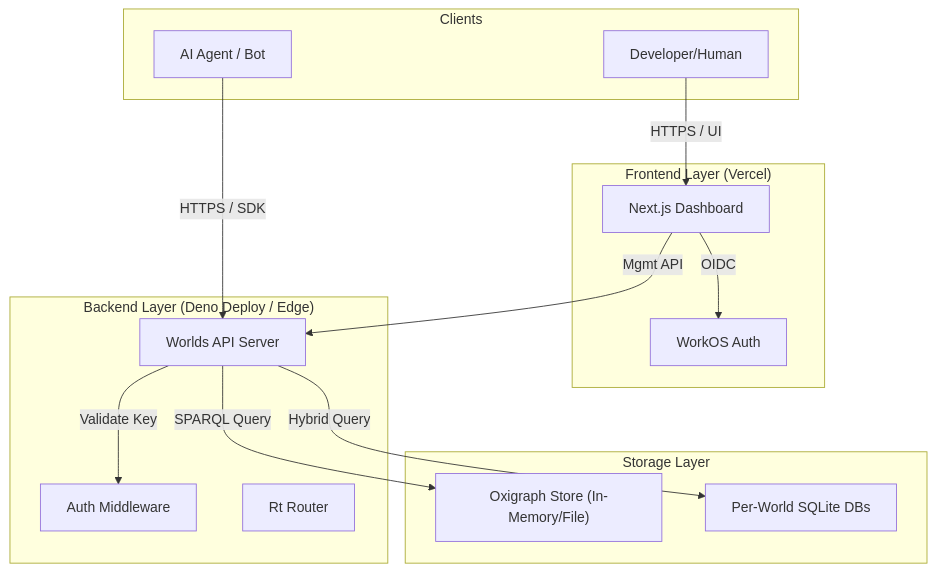
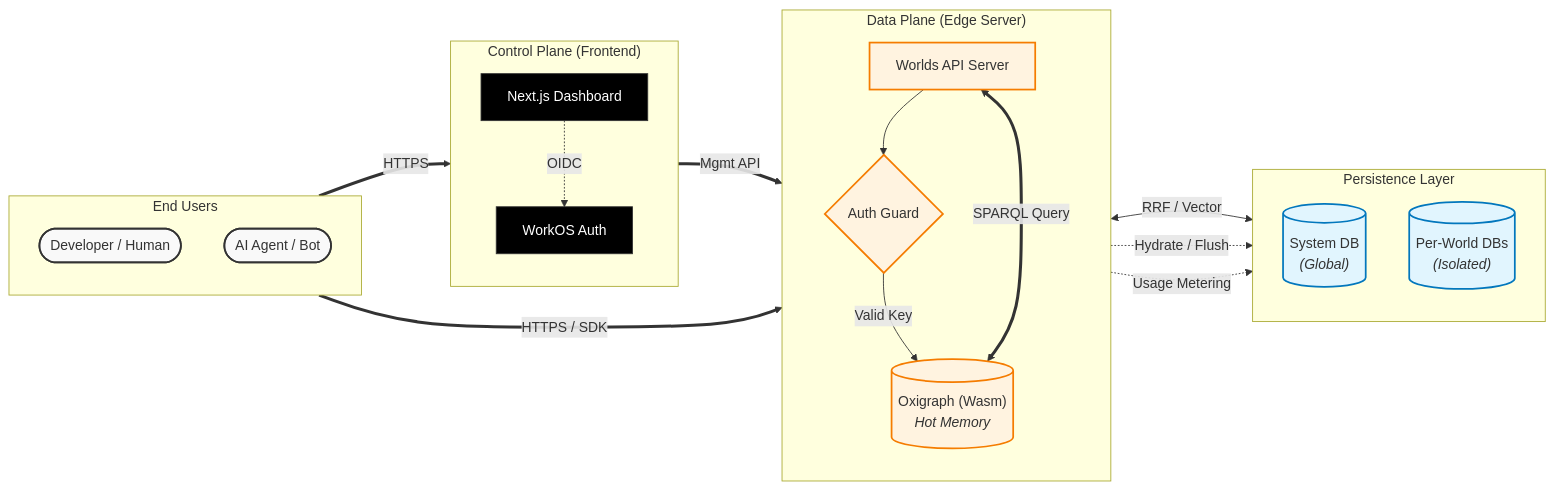
The diagram in README.md (EthanThatOneKid/worlds-design), drawn with Mermaid before and after one commit.

````diff
--- a/README.md
+++ b/README.md
@@ -81,32 +81,52 @@
 ```mermaid
-graph TD
-    subgraph "Clients"
-        Dev[Developer/Human]
-        Agent[AI Agent / Bot]
+graph LR
+    %% Styles
+    classDef actor fill:#f9f9f9,stroke:#333,stroke-width:2px;
+    classDef control fill:#000,stroke:#333,color:#fff;
+    classDef edge fill:#fff3e0,stroke:#f57c00,stroke-width:2px;
+    classDef store fill:#e1f5fe,stroke:#0277bd,stroke-width:2px;
+
+    subgraph Users ["End Users"]
+        direction TB
+        Dev([Developer / Human]):::actor
+        Agent([AI Agent / Bot]):::actor
     end
 
-    subgraph "Frontend Layer (Vercel)"
-        Next[Next.js Dashboard]
-        WorkOS[WorkOS Auth]
+    subgraph Control ["Control Plane (Frontend)"]
+        direction TB
+        Next[Next.js Dashboard]:::control
+        WorkOS[WorkOS Auth]:::control
     end
 
-    subgraph "Backend Layer (Deno Deploy / Edge)"
-        API[Worlds API Server]
-        Guard[Auth Middleware]
-        Router[Rt Router]
+    subgraph Edge ["Data Plane (Edge Server)"]
+        direction TB
+        API[Worlds API Server]:::edge
+        Guard{Auth Guard}:::edge
+        Oxi[("Oxigraph (Wasm)<br/><i>Hot Memory</i>")]:::edge
     end
 
-    subgraph "Storage Layer"
-        Oxi["Oxigraph Store (In-Memory/File)"]
-        SQLite["Per-World SQLite DBs"]
+    subgraph Storage ["Persistence Layer"]
+        direction TB
+        SysDB[("System DB<br/><i>(Global)</i>")]:::store
+        WorldDB[("Per-World DBs<br/><i>(Isolated)</i>")]:::store
     end
 
-    Dev -->|HTTPS / UI| Next
-    Next -->|OIDC| WorkOS
-    Next -->|Mgmt API| API
+    %% Human/Control Flow
+    Dev ==>|HTTPS| Next
+    Next -.->|OIDC| WorkOS
+    Next ==>|Mgmt API| API
+
+    %% Agent/Data Flow
+    Agent ==>|HTTPS / SDK| API
     
-    Agent -->|HTTPS / SDK| API
-    API -->|Validate Key| Guard
-    API -->|SPARQL Query| Oxi
-    API -->|Hybrid Query| SQLite
+    API --> Guard
+    Guard -->|Valid Key| Oxi
+    
+    %% Internal Processing
+    Oxi <==>|SPARQL Query| API
+    API <-->|RRF / Vector| WorldDB
+    
+    %% State Management
+    Oxi -.->|Hydrate / Flush| WorldDB
+    API -.->|Usage Metering| SysDB
 ```
````
